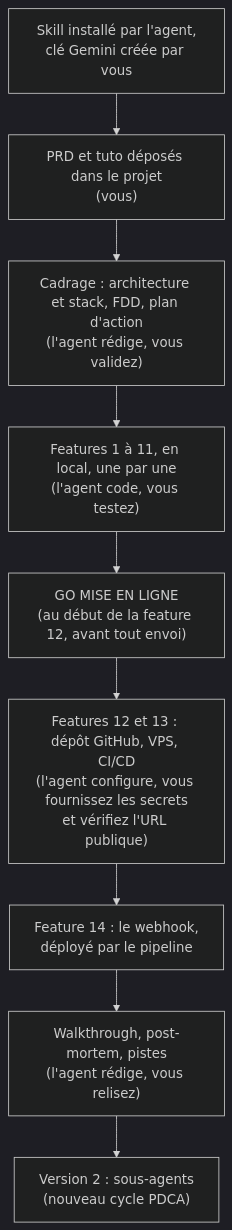
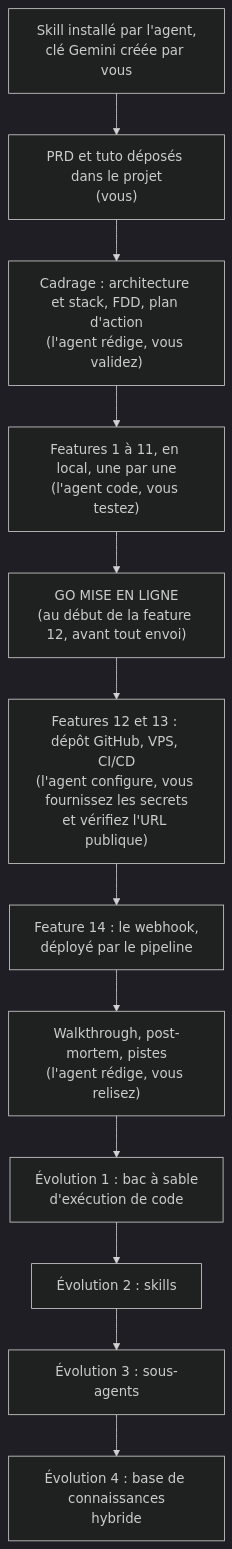
Before and after one commit to lecinquiemejour-code/goodvibe-tuto: the diagram in README.md, drawn with Mermaid (dark theme). The commit also changed other lines of this file and 2 other files, not shown here.

Commit message:
docs: quatre évolutions après la V1, dans l'ordre du pilote et argumentées
Bac à sable d'exécution de code, skills, sous-agents, base de connaissances
hybride : du plus petit changement au plus grand (tuto section 1.3, schéma
et argumentation). Le chapitre 7 devient « Les sous-agents » ; « V2 » y
désigne l'architecture à orchestrateur ; la référence du comparatif se
remesure au début de ce cycle. Section 6, section 8.2, PRD et présentation
alignés. Backlog de JNL renuméroté dans cet ordre ; prompt de reprise à jour.

````diff
--- a/README.md
+++ b/README.md
@@ -193,11 +193,14 @@
 ```mermaid
 flowchart TD
     A["Skill installé par l'agent,<br/>clé Gemini créée par vous"] --> B["PRD et tuto déposés dans le projet<br/>(vous)"]
     B --> C["Cadrage : architecture et stack, FDD, plan d'action<br/>(l'agent rédige, vous validez)"]
     C --> D["Features 1 à 11, en local, une par une<br/>(l'agent code, vous testez)"]
     D --> F["GO MISE EN LIGNE<br/>(au début de la feature 12, avant tout envoi)"]
     F --> E["Features 12 et 13 : dépôt GitHub, VPS, CI/CD<br/>(l'agent configure, vous fournissez les secrets<br/>et vérifiez l'URL publique)"]
     E --> F2["Feature 14 : le webhook,<br/>déployé par le pipeline"]
     F2 --> G["Walkthrough, post-mortem, pistes<br/>(l'agent rédige, vous relisez)"]
-    G --> H["Version 2 : sous-agents<br/>(nouveau cycle PDCA)"]
+    G --> H1["Évolution 1 : bac à sable<br/>d'exécution de code"]
+    H1 --> H2["Évolution 2 : skills"]
+    H2 --> H3["Évolution 3 : sous-agents"]
+    H3 --> H4["Évolution 4 : base de connaissances<br/>hybride"]
 ```
````
